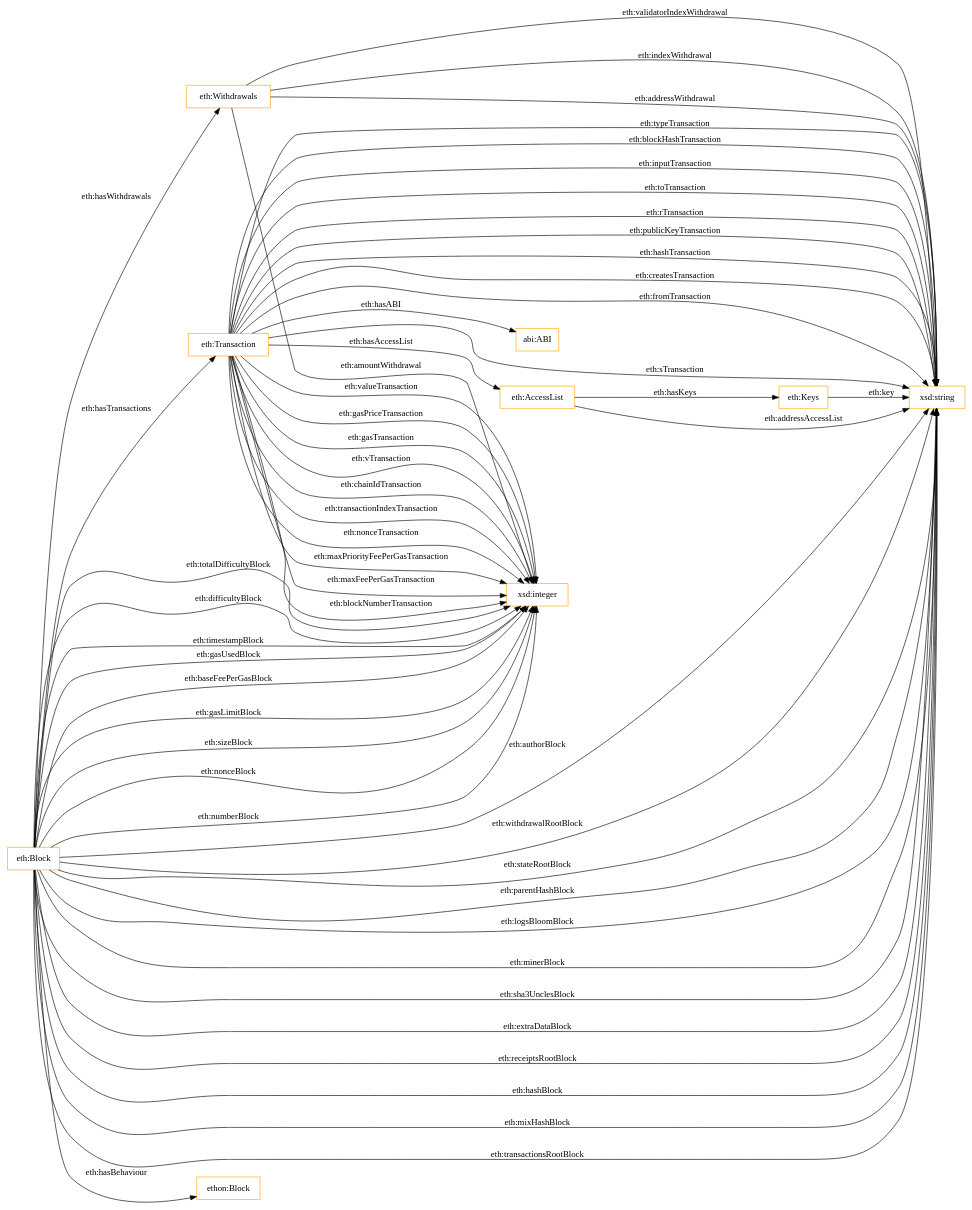
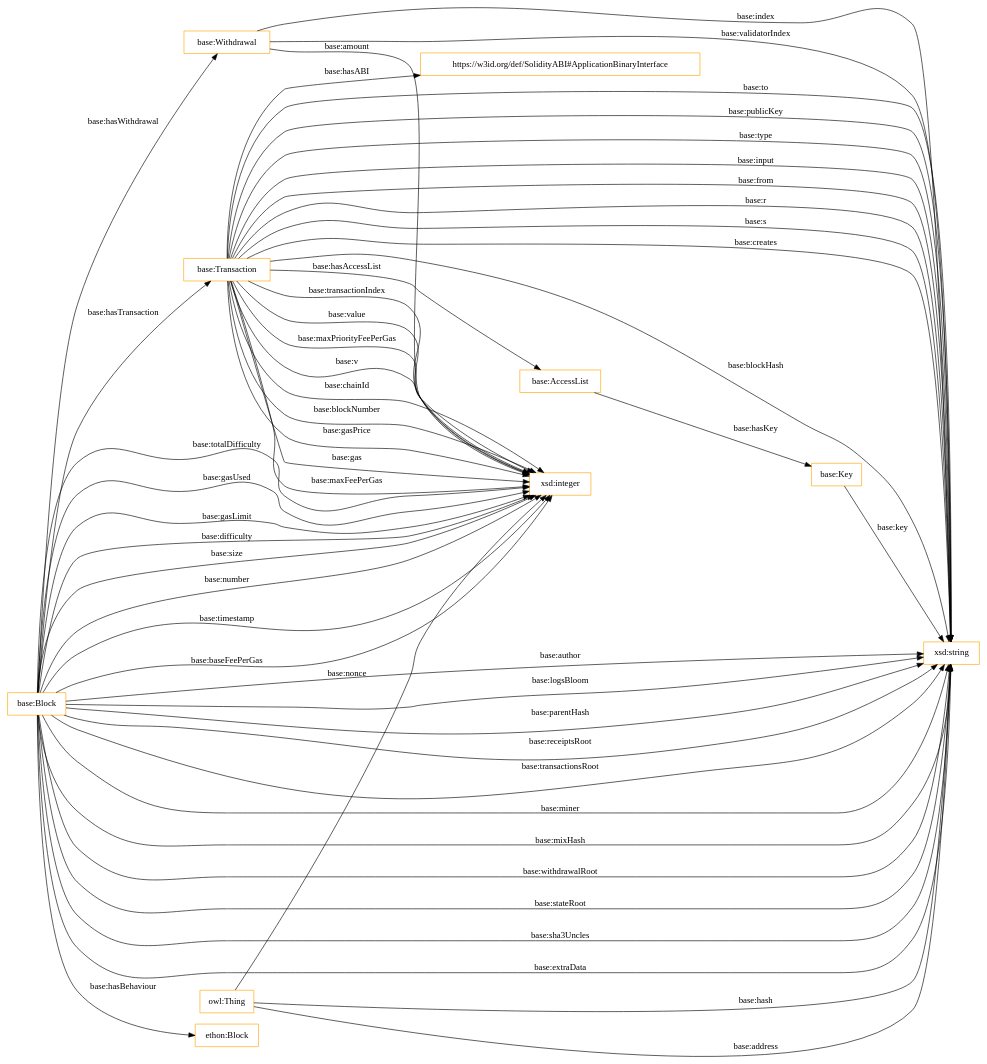
The diagram in OnToology/EthereumOntology.ttl/diagrams/ar2dtool-class/EthereumOntology.ttl.png.dot (oeg-upm/Ethereum-ontology), drawn with Graphviz before and after one commit. The commit also changed 45 other files, not shown here.

```diff
--- a/OnToology/EthereumOntology.ttl/diagrams/ar2dtool-class/EthereumOntology.ttl.png.dot
+++ b/OnToology/EthereumOntology.ttl/diagrams/ar2dtool-class/EthereumOntology.ttl.png.dot
@@ -1,59 +1,56 @@
 digraph ar2dtool_diagram { 
 rankdir=LR;
 size="1501"
-node [shape = rectangle, color="orange"]; "abi:ABI" "eth:Withdrawals" "eth:Transaction" "eth:Keys" "eth:Block" "eth:AccessList" "ethon:Block" ; /*classes style*/
-	"eth:Block" -> "xsd:integer" [ label = "eth:gasLimitBlock" ];
-	"eth:Transaction" -> "xsd:string" [ label = "eth:typeTransaction" ];
-	"eth:Transaction" -> "xsd:integer" [ label = "eth:vTransaction" ];
-	"eth:Block" -> "xsd:integer" [ label = "eth:sizeBlock" ];
-	"eth:Block" -> "xsd:string" [ label = "eth:authorBlock" ];
-	"eth:Withdrawals" -> "xsd:string" [ label = "eth:addressWithdrawal" ];
-	"eth:Block" -> "xsd:integer" [ label = "eth:nonceBlock" ];
-	"eth:AccessList" -> "xsd:string" [ label = "eth:addressAccessList" ];
-	"eth:Transaction" -> "xsd:integer" [ label = "eth:chainIdTransaction" ];
-	"eth:Transaction" -> "xsd:string" [ label = "eth:blockHashTransaction" ];
-	"eth:Withdrawals" -> "xsd:string" [ label = "eth:validatorIndexWithdrawal" ];
-	"eth:Transaction" -> "xsd:integer" [ label = "eth:transactionIndexTransaction" ];
-	"eth:Block" -> "xsd:integer" [ label = "eth:numberBlock" ];
-	"eth:Keys" -> "xsd:string" [ label = "eth:key" ];
-	"eth:Block" -> "eth:Withdrawals" [ label = "eth:hasWithdrawals" ];
-	"eth:Transaction" -> "xsd:integer" [ label = "eth:nonceTransaction" ];
-	"eth:Transaction" -> "xsd:string" [ label = "eth:inputTransaction" ];
-	"eth:Transaction" -> "xsd:integer" [ label = "eth:maxPriorityFeePerGasTransaction" ];
-	"eth:Block" -> "xsd:integer" [ label = "eth:totalDifficultyBlock" ];
-	"eth:Block" -> "xsd:string" [ label = "eth:withdrawalRootBlock" ];
-	"eth:Transaction" -> "xsd:string" [ label = "eth:toTransaction" ];
-	"eth:Block" -> "xsd:string" [ label = "eth:stateRootBlock" ];
-	"eth:Block" -> "xsd:integer" [ label = "eth:difficultyBlock" ];
-	"eth:Transaction" -> "xsd:integer" [ label = "eth:maxFeePerGasTransaction" ];
-	"eth:Block" -> "xsd:string" [ label = "eth:parentHashBlock" ];
-	"eth:Block" -> "xsd:string" [ label = "eth:logsBloomBlock" ];
-	"eth:Transaction" -> "abi:ABI" [ label = "eth:hasABI" ];
-	"eth:Transaction" -> "xsd:integer" [ label = "eth:blockNumberTransaction" ];
-	"eth:Transaction" -> "xsd:string" [ label = "eth:rTransaction" ];
-	"eth:Block" -> "eth:Transaction" [ label = "eth:hasTransactions" ];
-	"eth:Transaction" -> "xsd:string" [ label = "eth:publicKeyTransaction" ];
-	"eth:Block" -> "xsd:string" [ label = "eth:minerBlock" ];
-	"eth:Transaction" -> "eth:AccessList" [ label = "eth:hasAccessList" ];
-	"eth:Transaction" -> "xsd:string" [ label = "eth:hashTransaction" ];
-	"eth:AccessList" -> "eth:Keys" [ label = "eth:hasKeys" ];
-	"eth:Transaction" -> "xsd:string" [ label = "eth:createsTransaction" ];
-	"eth:Transaction" -> "xsd:string" [ label = "eth:fromTransaction" ];
-	"eth:Block" -> "xsd:string" [ label = "eth:sha3UnclesBlock" ];
-	"eth:Withdrawals" -> "xsd:string" [ label = "eth:indexWithdrawal" ];
-	"eth:Block" -> "xsd:string" [ label = "eth:extraDataBlock" ];
-	"eth:Transaction" -> "xsd:integer" [ label = "eth:valueTransaction" ];
-	"eth:Transaction" -> "xsd:integer" [ label = "eth:gasPriceTransaction" ];
-	"eth:Transaction" -> "xsd:string" [ label = "eth:sTransaction" ];
-	"eth:Block" -> "xsd:string" [ label = "eth:receiptsRootBlock" ];
-	"eth:Block" -> "xsd:string" [ label = "eth:hashBlock" ];
-	"eth:Block" -> "ethon:Block" [ label = "eth:hasBehaviour" ];
-	"eth:Block" -> "xsd:integer" [ label = "eth:timestampBlock" ];
-	"eth:Block" -> "xsd:integer" [ label = "eth:gasUsedBlock" ];
-	"eth:Block" -> "xsd:integer" [ label = "eth:baseFeePerGasBlock" ];
-	"eth:Block" -> "xsd:string" [ label = "eth:mixHashBlock" ];
-	"eth:Transaction" -> "xsd:integer" [ label = "eth:gasTransaction" ];
-	"eth:Block" -> "xsd:string" [ label = "eth:transactionsRootBlock" ];
-	"eth:Withdrawals" -> "xsd:integer" [ label = "eth:amountWithdrawal" ];
+node [shape = rectangle, color="orange"]; "https://w3id.org/def/SolidityABI#ApplicationBinaryInterface" "base:Withdrawal" "base:Transaction" "base:Key" "base:Block" "base:AccessList" "ethon:Block" ; /*classes style*/
+	"base:Block" -> "xsd:integer" [ label = "base:timestamp" ];
+	"base:Transaction" -> "xsd:string" [ label = "base:to" ];
+	"base:Block" -> "base:Withdrawal" [ label = "base:hasWithdrawal" ];
+	"base:Block" -> "xsd:string" [ label = "base:author" ];
+	"owl:Thing" -> "xsd:string" [ label = "base:address" ];
+	"base:Block" -> "xsd:string" [ label = "base:logsBloom" ];
+	"base:Transaction" -> "xsd:integer" [ label = "base:gasPrice" ];
+	"base:Block" -> "xsd:integer" [ label = "base:baseFeePerGas" ];
+	"base:Block" -> "ethon:Block" [ label = "base:hasBehaviour" ];
+	"base:Block" -> "xsd:string" [ label = "base:parentHash" ];
+	"base:Key" -> "xsd:string" [ label = "base:key" ];
+	"owl:Thing" -> "xsd:integer" [ label = "base:nonce" ];
+	"base:Transaction" -> "xsd:integer" [ label = "base:gas" ];
+	"base:Block" -> "xsd:integer" [ label = "base:totalDifficulty" ];
+	"base:Transaction" -> "xsd:integer" [ label = "base:maxFeePerGas" ];
+	"base:Transaction" -> "base:AccessList" [ label = "base:hasAccessList" ];
+	"base:Block" -> "xsd:string" [ label = "base:receiptsRoot" ];
+	"base:Block" -> "xsd:string" [ label = "base:transactionsRoot" ];
+	"base:Transaction" -> "https://w3id.org/def/SolidityABI#ApplicationBinaryInterface" [ label = "base:hasABI" ];
+	"base:Transaction" -> "xsd:integer" [ label = "base:transactionIndex" ];
+	"base:AccessList" -> "base:Key" [ label = "base:hasKey" ];
+	"base:Transaction" -> "xsd:string" [ label = "base:publicKey" ];
+	"base:Transaction" -> "xsd:string" [ label = "base:type" ];
+	"base:Block" -> "xsd:integer" [ label = "base:gasUsed" ];
+	"base:Block" -> "xsd:string" [ label = "base:miner" ];
+	"base:Transaction" -> "xsd:integer" [ label = "base:value" ];
+	"base:Transaction" -> "xsd:integer" [ label = "base:maxPriorityFeePerGas" ];
+	"base:Block" -> "xsd:integer" [ label = "base:gasLimit" ];
+	"base:Block" -> "xsd:string" [ label = "base:mixHash" ];
+	"base:Withdrawal" -> "xsd:integer" [ label = "base:amount" ];
+	"base:Transaction" -> "xsd:string" [ label = "base:input" ];
+	"base:Block" -> "xsd:integer" [ label = "base:difficulty" ];
+	"base:Withdrawal" -> "xsd:string" [ label = "base:index" ];
+	"base:Block" -> "xsd:string" [ label = "base:withdrawalRoot" ];
+	"base:Transaction" -> "xsd:string" [ label = "base:from" ];
+	"base:Transaction" -> "xsd:string" [ label = "base:r" ];
+	"base:Transaction" -> "xsd:string" [ label = "base:s" ];
+	"base:Transaction" -> "xsd:integer" [ label = "base:v" ];
+	"base:Transaction" -> "xsd:integer" [ label = "base:chainId" ];
+	"base:Transaction" -> "xsd:string" [ label = "base:creates" ];
+	"base:Block" -> "xsd:string" [ label = "base:stateRoot" ];
+	"base:Transaction" -> "xsd:string" [ label = "base:blockHash" ];
+	"base:Transaction" -> "xsd:integer" [ label = "base:blockNumber" ];
+	"base:Block" -> "xsd:string" [ label = "base:sha3Uncles" ];
+	"base:Block" -> "xsd:string" [ label = "base:extraData" ];
+	"base:Block" -> "xsd:integer" [ label = "base:size" ];
+	"base:Block" -> "xsd:integer" [ label = "base:number" ];
+	"owl:Thing" -> "xsd:string" [ label = "base:hash" ];
+	"base:Withdrawal" -> "xsd:string" [ label = "base:validatorIndex" ];
+	"base:Block" -> "base:Transaction" [ label = "base:hasTransaction" ];
 
 }
```
